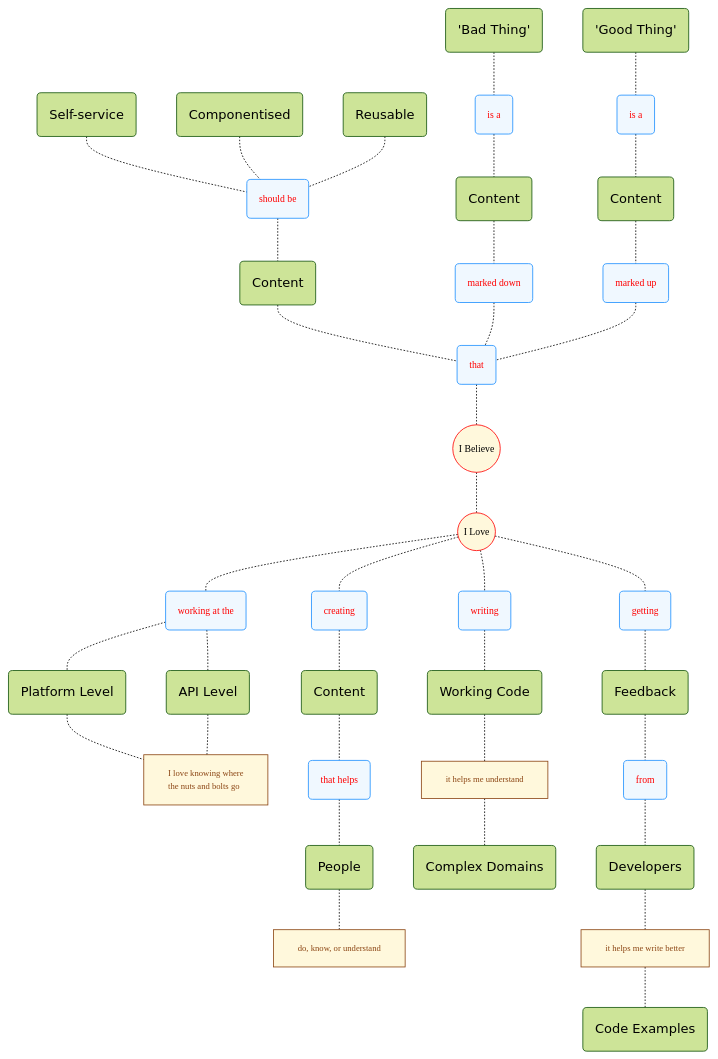
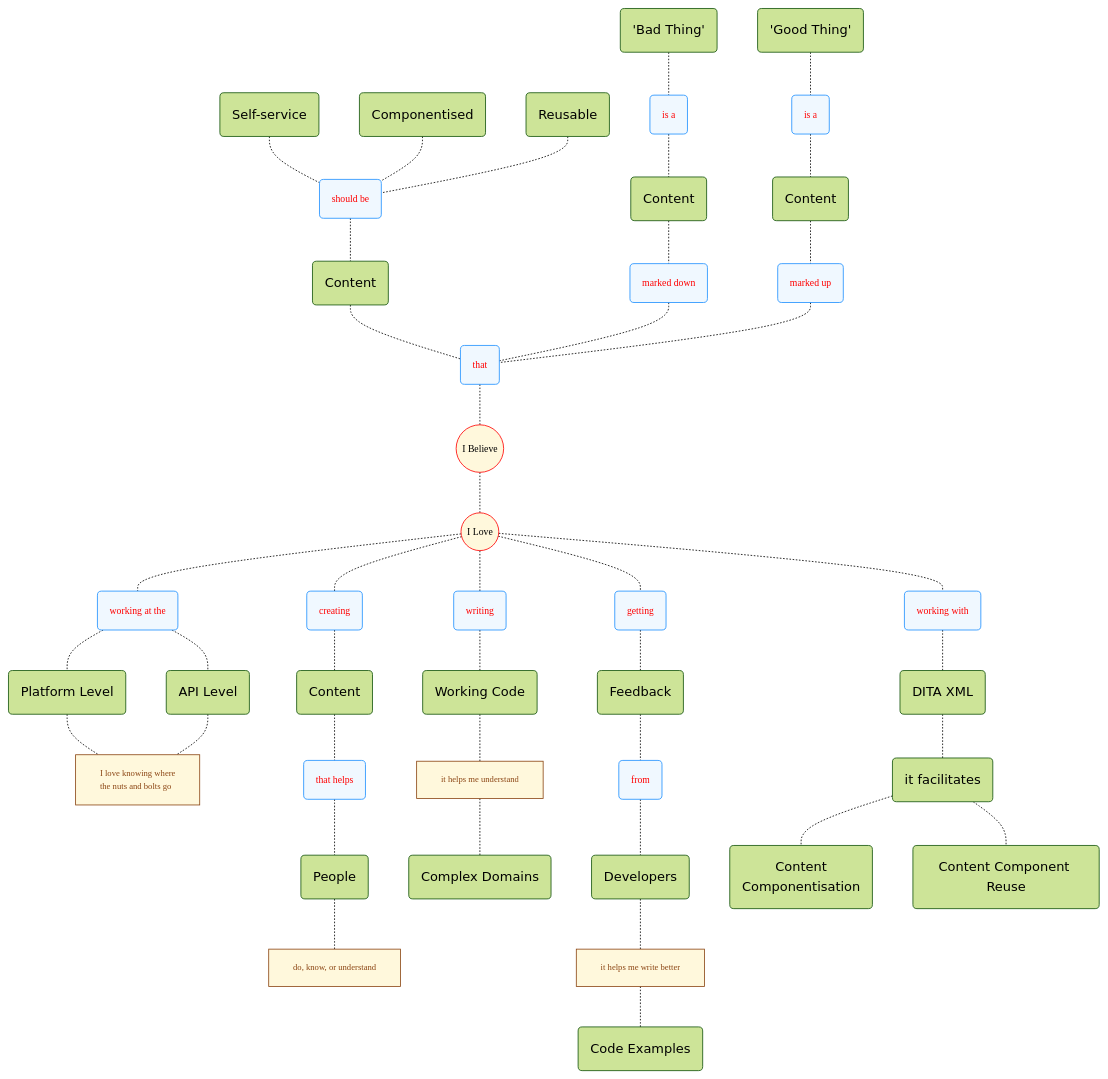
The first of 2 diagrams in my_mindmap_02.md (joe-dorward/samples), drawn with Mermaid before and after one commit.

````diff
--- a/my_mindmap_02.md
+++ b/my_mindmap_02.md
@@ -37,7 +37,6 @@
   GOOD_THING-.-IS_A_2-.-CONTENT_3-.-MARKED_UP-.-THAT_1
 
   class MARKED_DOWN,IS_A_1,MARKED_UP,IS_A_2 Verb;
-
   %% ========== ========== ========== ========== ==========
   I_LOVE(("I Love")):::Start
 
@@ -87,4 +86,16 @@
   class HELPS_ME_WRITE_BETTER Note;
 
   I_LOVE-.-GETTING-.-FEEDBACK-.-FROM-.-DEVELOPERS-.-HELPS_ME_WRITE_BETTER-.-CODE_EXAMPLES
+  %% ---------- ---------- ---------- ---------- ----------
+  WORKING_WITH("working with")
+  DITA_XML("DITA XML")
+  IT_FACILITATES("it facilitates")
+  CONTENT_COMPONENTISATION("Content<br/>Componentisation")
+  CONTENT_REUSE("Content Component Reuse")
+
+  class WORKING_WITH,FACILITATES Verb;
+
+  I_LOVE-.-WORKING_WITH-.-DITA_XML-.-
+  IT_FACILITATES-.-CONTENT_COMPONENTISATION
+  IT_FACILITATES-.-CONTENT_REUSE
 ```
````
